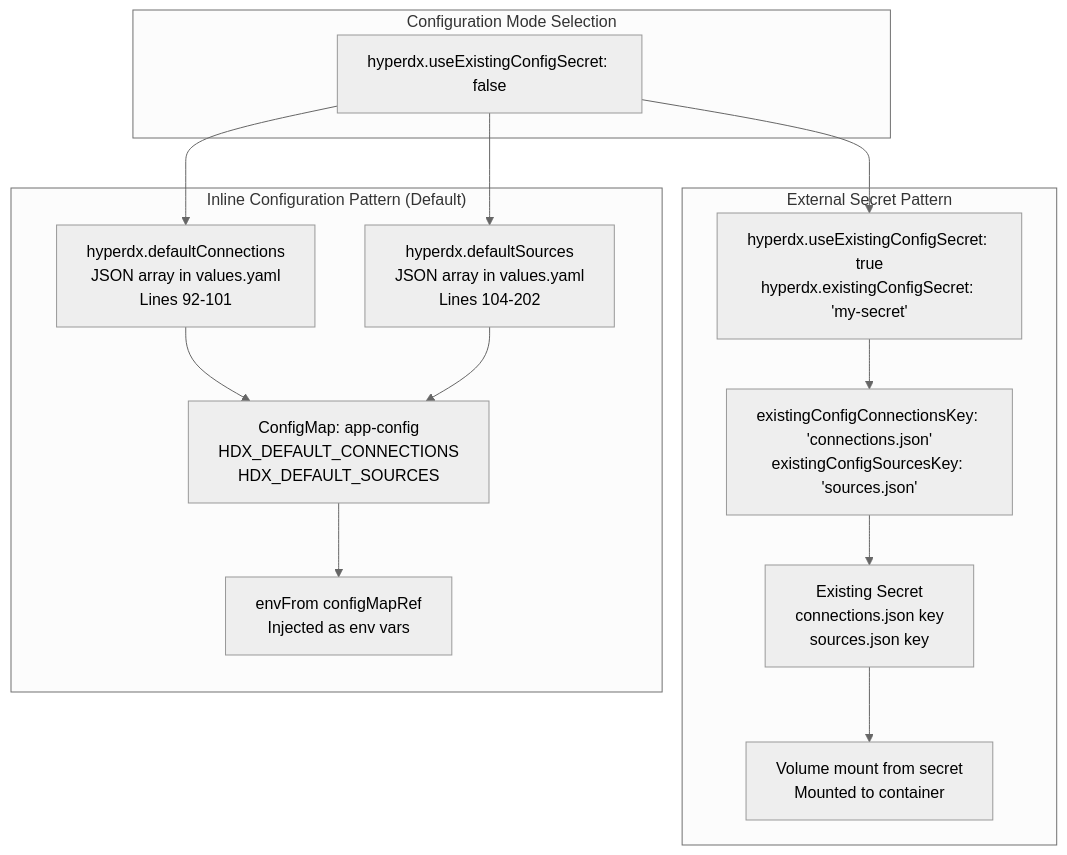
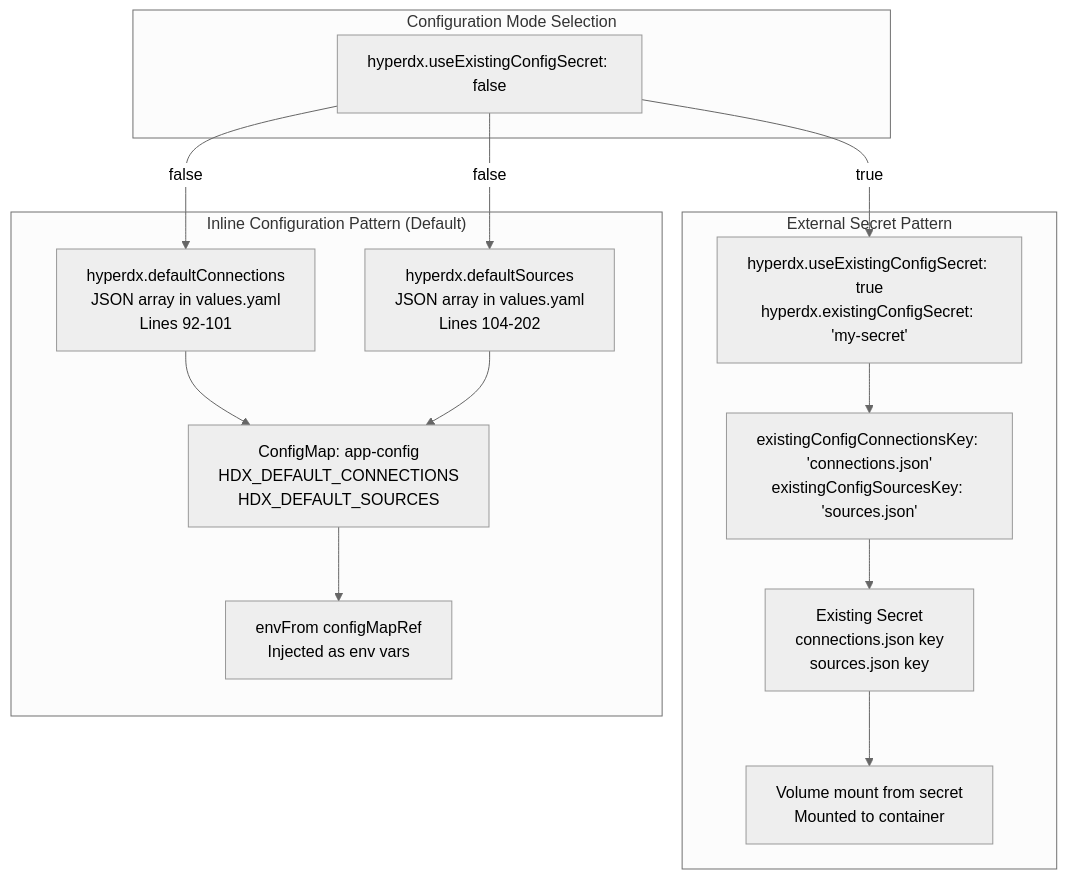
One commit to openchoreo/openchoreo changed the tenth of 10 diagrams in docs/hyperdxio-helm-charts-docs/Component-Deep-Dives.md. Above: the diagram before and after it, drawn with Mermaid (neutral theme). The commit also changed other lines of this file and 85 other files, not shown here.

Commit message:
feat: Add new workflow and specification templates, update Helm chart dependencies, and clarify documentation diagrams.

````diff
--- a/docs/hyperdxio-helm-charts-docs/Component-Deep-Dives.md
+++ b/docs/hyperdxio-helm-charts-docs/Component-Deep-Dives.md
@@ -570,41 +570,41 @@
 ```mermaid
 flowchart TD
 
 UseExisting["hyperdx.useExistingConfigSecret: false"]
 InlineConnections["hyperdx.defaultConnections<br>JSON array in values.yaml<br>Lines 92-101"]
 InlineSources["hyperdx.defaultSources<br>JSON array in values.yaml<br>Lines 104-202"]
 InlineConfigMap["ConfigMap: app-config<br>HDX_DEFAULT_CONNECTIONS<br>HDX_DEFAULT_SOURCES"]
 InlineInjection["envFrom configMapRef<br>Injected as env vars"]
 ExternalFlag["hyperdx.useExistingConfigSecret: true<br>hyperdx.existingConfigSecret: 'my-secret'"]
 ExternalKeys["existingConfigConnectionsKey: 'connections.json'<br>existingConfigSourcesKey: 'sources.json'"]
 ExternalSecret["Existing Secret<br>connections.json key<br>sources.json key"]
 ExternalVolume["Volume mount from secret<br>Mounted to container"]
 
-UseExisting --> InlineConnections
-UseExisting --> InlineSources
-UseExisting --> ExternalFlag
+UseExisting -->|"false"| InlineConnections
+UseExisting -->|"false"| InlineSources
+UseExisting -->|"true"| ExternalFlag
 
 subgraph subGraph2 ["External Secret Pattern"]
     ExternalFlag
     ExternalKeys
     ExternalSecret
     ExternalVolume
     ExternalFlag --> ExternalKeys
     ExternalKeys --> ExternalSecret
     ExternalSecret --> ExternalVolume
 end
 
 subgraph subGraph1 ["Inline Configuration Pattern (Default)"]
     InlineConnections
     InlineSources
     InlineConfigMap
     InlineInjection
     InlineConnections --> InlineConfigMap
     InlineSources --> InlineConfigMap
     InlineConfigMap --> InlineInjection
 end
 
 subgraph subGraph0 ["Configuration Mode Selection"]
     UseExisting
 end
 ```
````
